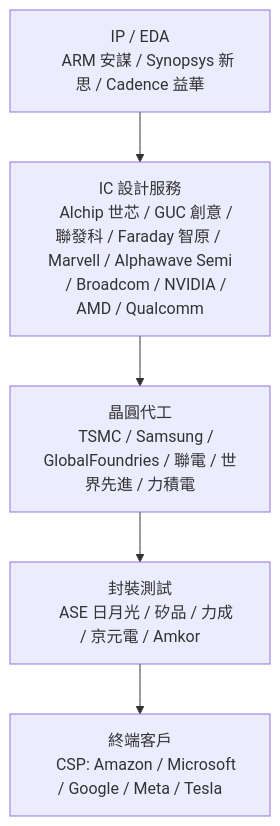
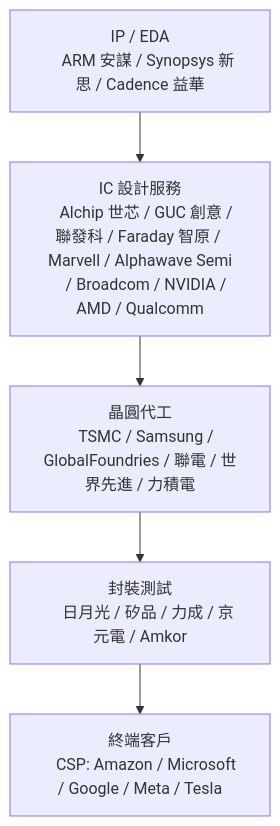
The diagram in README.md (CiCicode/asic-compare), drawn with Mermaid before and after one commit.

````diff
--- a/README.md
+++ b/README.md
@@ -13,16 +13,16 @@
 ```mermaid
 flowchart TD
     A["IP / EDA
     ARM 安謀 / Synopsys 新思 / Cadence 益華"]
     B["IC 設計服務
     Alchip 世芯 / GUC 創意 / 聯發科 / Faraday 智原 / Marvell / Alphawave Semi
     / Broadcom / NVIDIA / AMD / Qualcomm"]
     C["晶圓代工
     TSMC / Samsung / GlobalFoundries / 聯電 / 世界先進 / 力積電"]
     D["封裝測試
-    ASE 日月光 / 矽品 / 力成 / 京元電 / Amkor"]
+    日月光 / 矽品 / 力成 / 京元電 / Amkor"]
     E["終端客戶
     CSP: Amazon / Microsoft / Google / Meta / Tesla"]
 
     A --> B --> C --> D --> E
 ```
````
